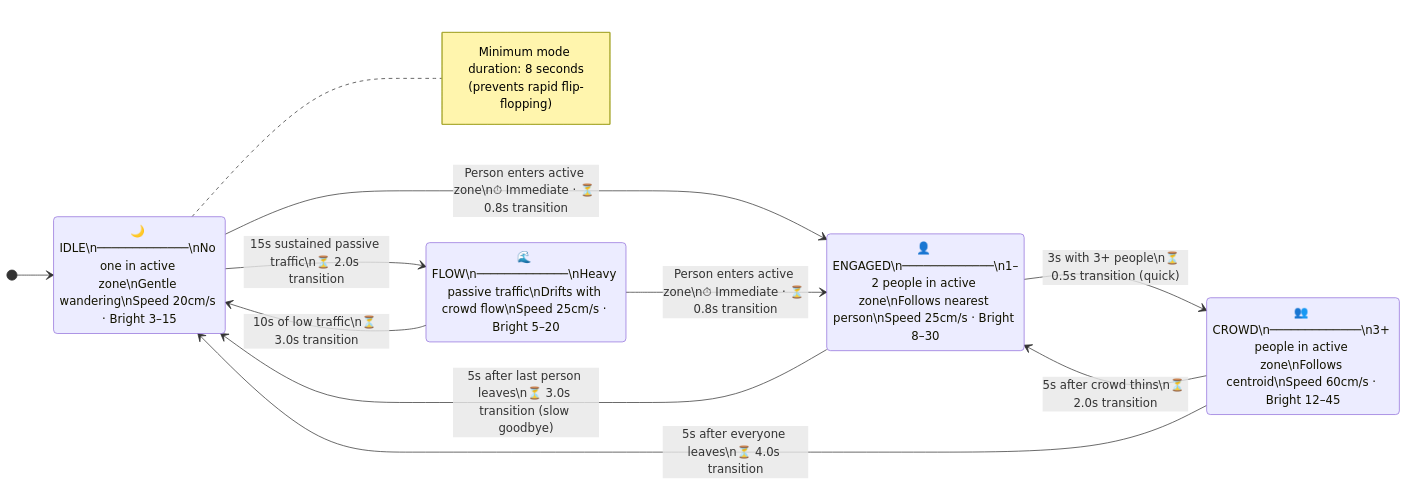
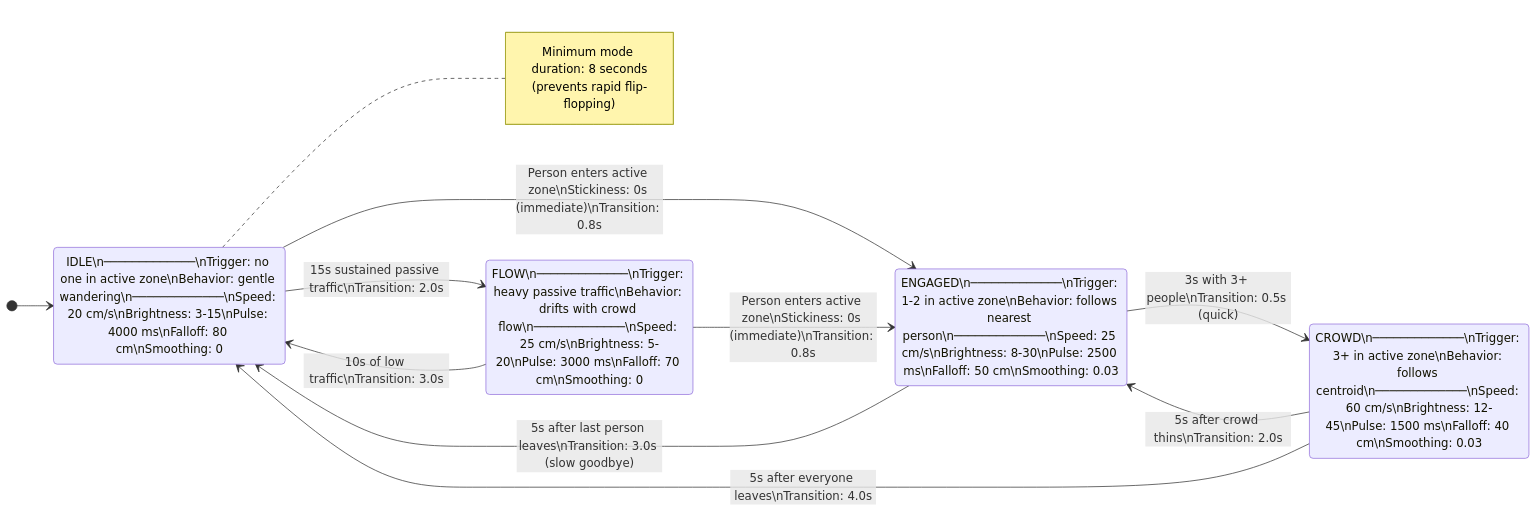
One commit to npuckett/dc-dev changed the second of 17 diagrams in IO/BEHAVIOR_DIAGRAMS.md. Above: the diagram before and after it, drawn with Mermaid. The commit also changed other lines of this file, not shown here.

Commit message:
cv diagram added

````diff
--- a/IO/BEHAVIOR_DIAGRAMS.md
+++ b/IO/BEHAVIOR_DIAGRAMS.md
@@ -76,25 +76,25 @@
 ```mermaid
 stateDiagram-v2
     direction LR
 
-    IDLE: 🌙 IDLE\n─────────────\nNo one in active zone\nGentle wandering\nSpeed 20cm/s · Bright 3–15
-    ENGAGED: 👤 ENGAGED\n─────────────\n1–2 people in active zone\nFollows nearest person\nSpeed 25cm/s · Bright 8–30
-    CROWD: 👥 CROWD\n─────────────\n3+ people in active zone\nFollows centroid\nSpeed 60cm/s · Bright 12–45
-    FLOW: 🌊 FLOW\n─────────────\nHeavy passive traffic\nDrifts with crowd flow\nSpeed 25cm/s · Bright 5–20
+    IDLE: IDLE\n─────────────\nTrigger: no one in active zone\nBehavior: gentle wandering\n─────────────\nSpeed: 20 cm/s\nBrightness: 3-15\nPulse: 4000 ms\nFalloff: 80 cm\nSmoothing: 0
+    ENGAGED: ENGAGED\n─────────────\nTrigger: 1-2 in active zone\nBehavior: follows nearest person\n─────────────\nSpeed: 25 cm/s\nBrightness: 8-30\nPulse: 2500 ms\nFalloff: 50 cm\nSmoothing: 0.03
+    CROWD: CROWD\n─────────────\nTrigger: 3+ in active zone\nBehavior: follows centroid\n─────────────\nSpeed: 60 cm/s\nBrightness: 12-45\nPulse: 1500 ms\nFalloff: 40 cm\nSmoothing: 0.03
+    FLOW: FLOW\n─────────────\nTrigger: heavy passive traffic\nBehavior: drifts with crowd flow\n─────────────\nSpeed: 25 cm/s\nBrightness: 5-20\nPulse: 3000 ms\nFalloff: 70 cm\nSmoothing: 0
 
     [*] --> IDLE
 
-    IDLE --> ENGAGED: Person enters active zone\n⏱ Immediate · ⏳ 0.8s transition
-    IDLE --> FLOW: 15s sustained passive traffic\n⏳ 2.0s transition
-    ENGAGED --> IDLE: 5s after last person leaves\n⏳ 3.0s transition (slow goodbye)
-    ENGAGED --> CROWD: 3s with 3+ people\n⏳ 0.5s transition (quick)
-    CROWD --> ENGAGED: 5s after crowd thins\n⏳ 2.0s transition
-    CROWD --> IDLE: 5s after everyone leaves\n⏳ 4.0s transition
-    FLOW --> IDLE: 10s of low traffic\n⏳ 3.0s transition
-    FLOW --> ENGAGED: Person enters active zone\n⏱ Immediate · ⏳ 0.8s transition
+    IDLE --> ENGAGED: Person enters active zone\nStickiness: 0s (immediate)\nTransition: 0.8s
+    IDLE --> FLOW: 15s sustained passive traffic\nTransition: 2.0s
+    ENGAGED --> IDLE: 5s after last person leaves\nTransition: 3.0s (slow goodbye)
+    ENGAGED --> CROWD: 3s with 3+ people\nTransition: 0.5s (quick)
+    CROWD --> ENGAGED: 5s after crowd thins\nTransition: 2.0s
+    CROWD --> IDLE: 5s after everyone leaves\nTransition: 4.0s
+    FLOW --> IDLE: 10s of low traffic\nTransition: 3.0s
+    FLOW --> ENGAGED: Person enters active zone\nStickiness: 0s (immediate)\nTransition: 0.8s
 
     note right of IDLE
         Minimum mode duration: 8 seconds
         (prevents rapid flip-flopping)
     end note
 ```
````
